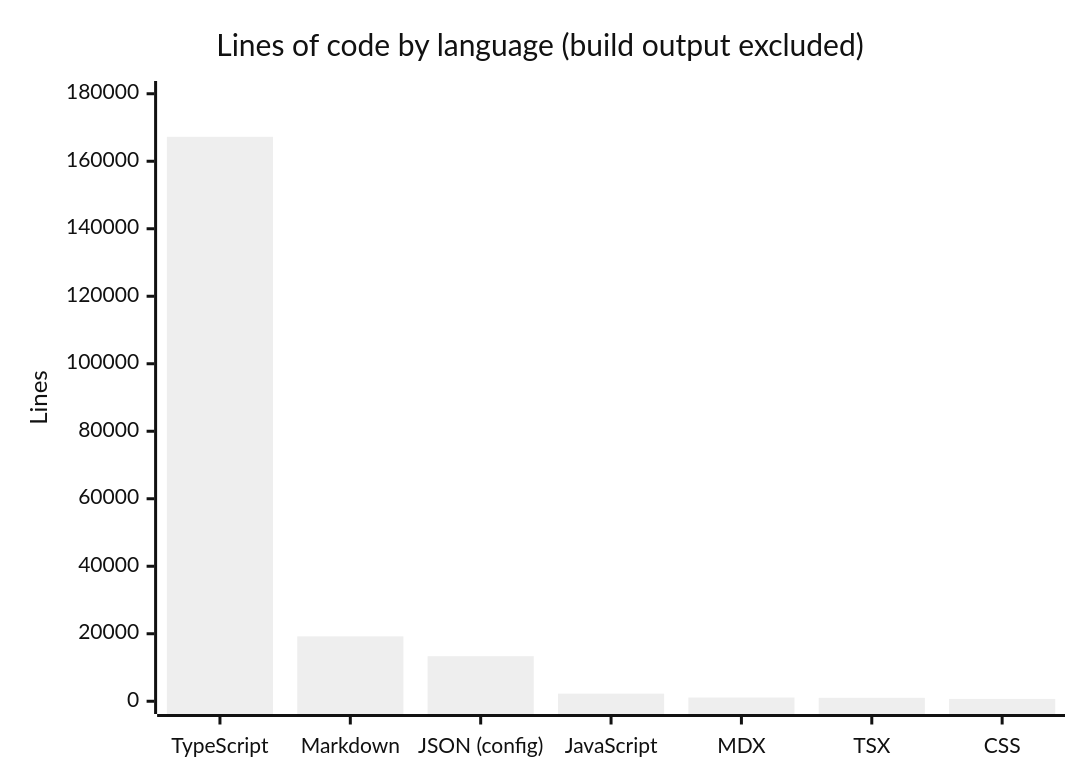
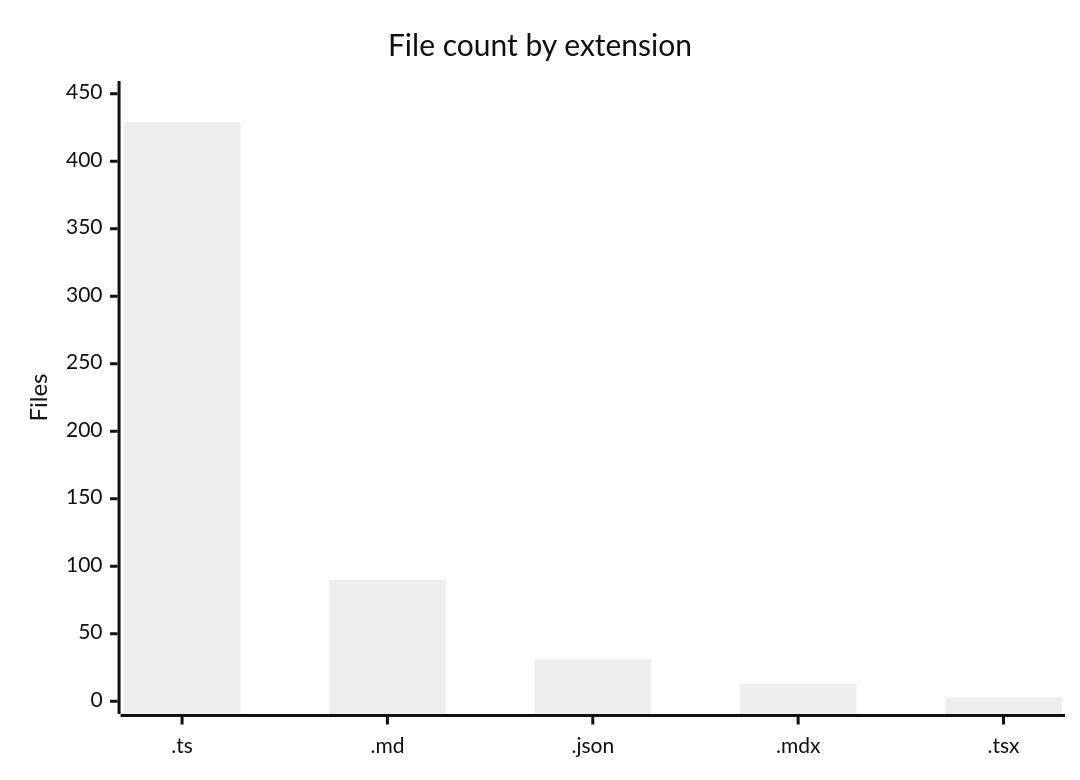
Before and after one commit to romiluz13/Memongo: the first of 2 diagrams in droid-wiki/by-the-numbers.md, drawn with Mermaid (neutral theme). The commit also changed other lines of this file and 65 other files, not shown here.

````diff
--- a/droid-wiki/by-the-numbers.md
+++ b/droid-wiki/by-the-numbers.md
@@ -11,7 +7,7 @@
 ```mermaid
 xychart-beta
-    title "Lines of code by language (build output excluded)"
-    x-axis ["TypeScript", "Markdown", "JSON (config)", "JavaScript", "MDX", "TSX", "CSS"]
-    y-axis "Lines" 0 --> 180000
-    bar [167248, 19229, 13352, 2255, 1097, 1017, 689]
+    title "File count by extension"
+    x-axis [".ts", ".md", ".json", ".mdx", ".tsx"]
+    y-axis "Files" 0 --> 450
+    bar [429, 90, 31, 13, 3]
 ```
````
